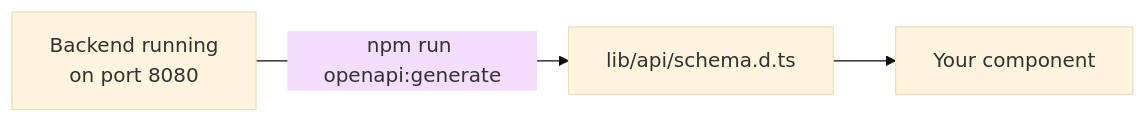
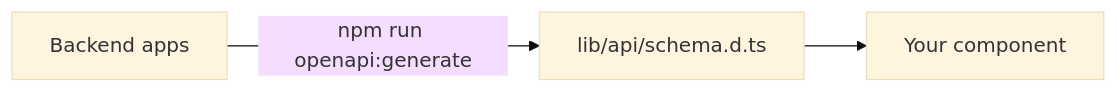
Before and after one commit to moomaideng/eventory: the diagram in frontend/README.md, drawn with Mermaid (base theme). The commit also changed other lines of this file and 33 other files, not shown here.

````diff
--- a/frontend/README.md
+++ b/frontend/README.md
@@ -62,5 +62,5 @@
 ```mermaid
 flowchart LR
-    BE["Backend running<br/>on port 8080"] -->|"npm run openapi:generate"| S["lib/api/schema.d.ts"]
+    BE["Backend apps"] -->|"npm run openapi:generate"| S["lib/api/schema.d.ts"]
     S --> C["Your component"]
 ```
````
